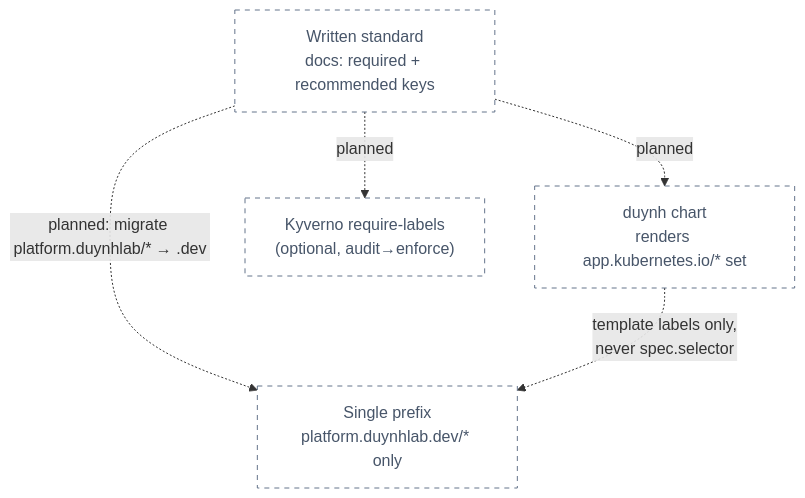
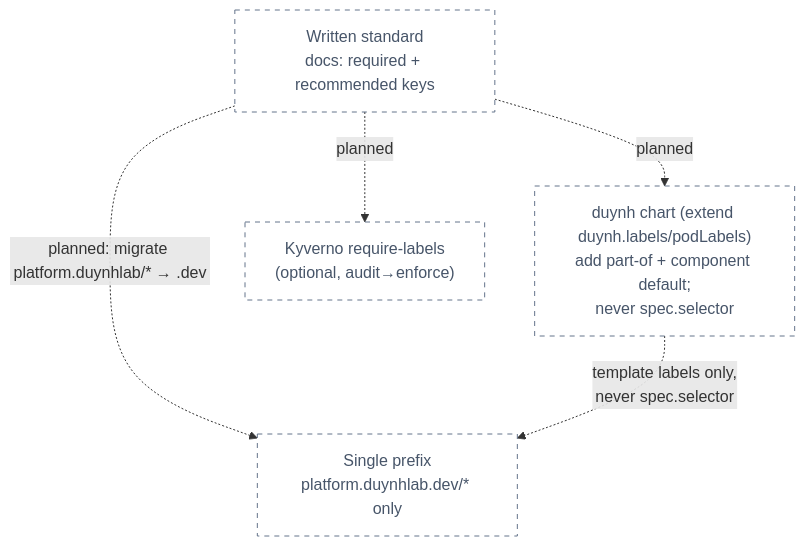
Before and after one commit to duynhlab/homelab: the third of 3 diagrams in docs/proposals/rfc/RFC-0034/research.md, drawn with Mermaid. The commit also changed other lines of this file and 1 other file, not shown here.

First line of the commit message:
docs(proposals): add duynh chart as-built to RFC-0034 (#1400)

````diff
--- a/docs/proposals/rfc/RFC-0034/research.md
+++ b/docs/proposals/rfc/RFC-0034/research.md
@@ -249,16 +307,16 @@
 ```mermaid
 flowchart TD
     classDef platform fill:#ede9fe,color:#4c1d95,stroke:#7c3aed;
     classDef service fill:#cffafe,color:#164e63,stroke:#0891b2;
     classDef planned fill:#fff,color:#475569,stroke:#64748b,stroke-dasharray:5 5;
 
     STD["Written standard<br/>docs: required + recommended keys"]:::planned
-    CHART["duynh chart<br/>renders app.kubernetes.io/* set"]:::planned
+    CHART["duynh chart (extend duynh.labels/podLabels)<br/>add part-of + component default;<br/>never spec.selector"]:::planned
     PREFIX["Single prefix<br/>platform.duynhlab.dev/* only"]:::planned
     KYV["Kyverno require-labels<br/>(optional, audit→enforce)"]:::planned
 
     STD -.->|"planned"| CHART
     STD -.->|"planned: migrate platform.duynhlab/* → .dev"| PREFIX
     STD -.->|"planned"| KYV
     CHART -.->|"template labels only,<br/>never spec.selector"| PREFIX
 ```
````
